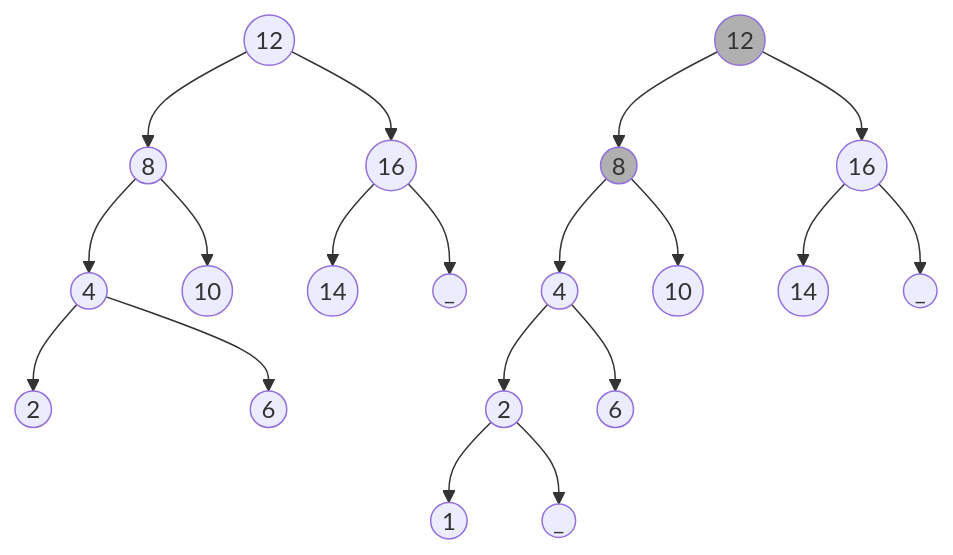
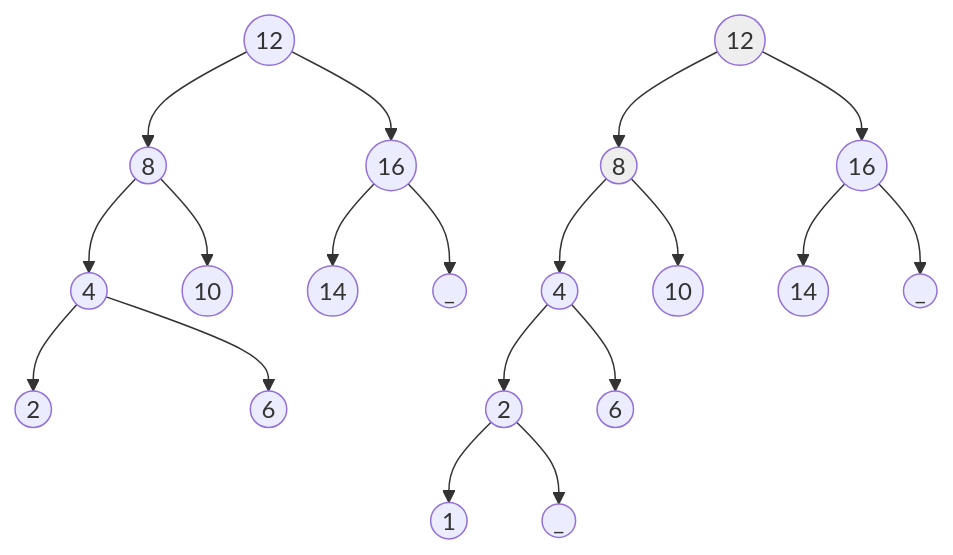
The diagram in lecture-notes/w08.md (jayshozie/ceng301), drawn with Mermaid before and after one commit.

Commit message:
nrt in w08

````diff
--- a/lecture-notes/w08.md
+++ b/lecture-notes/w08.md
@@ -28,31 +28,31 @@
 ```mermaid
 graph TB
 
 1a((12)) --> 1b((8))
 1a --> 1c((16))
 
 1b --> 1d((4))
 1b --> 1e((10))
 
 1d --> 1f((2))
 1d --> 1g((6))
 
 1c --> 1h((14))
 1c --> 1z1((_))
 
-classDef unbalanced fill:#b0b0b0
+classDef unbalanced fill:#eee
 2a((12)):::unbalanced --> 2b((8)):::unbalanced
 2a --> 2c((16))
 
 2b --> 2d((4))
 2b --> 2e((10))
 
 2c --> 2f((14))
 2c --> 2z1((_))
 
 2d --> 2g((2))
 2d --> 2h((6))
 
 2g --> 2i((1))
 2g --> 2z2((_))
 ```
````
